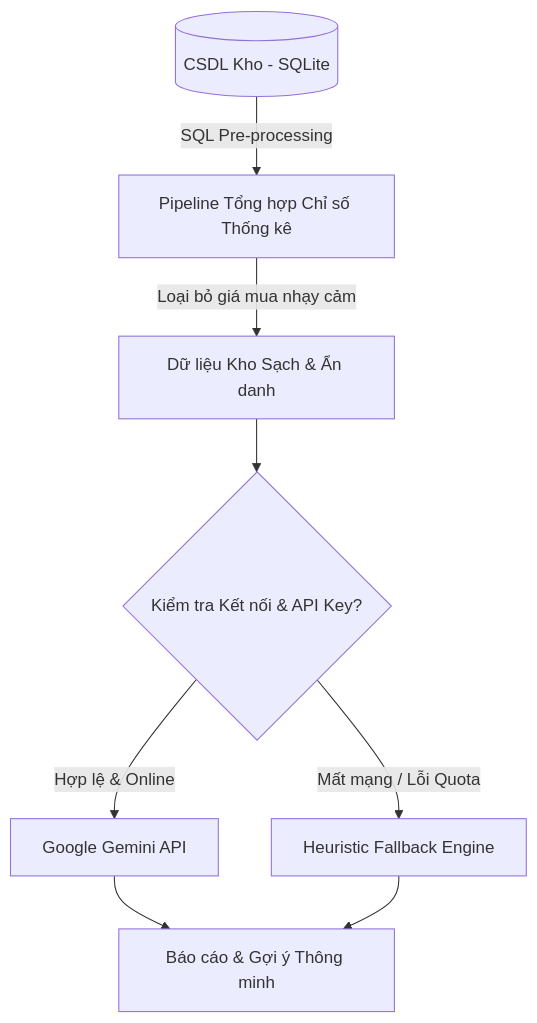
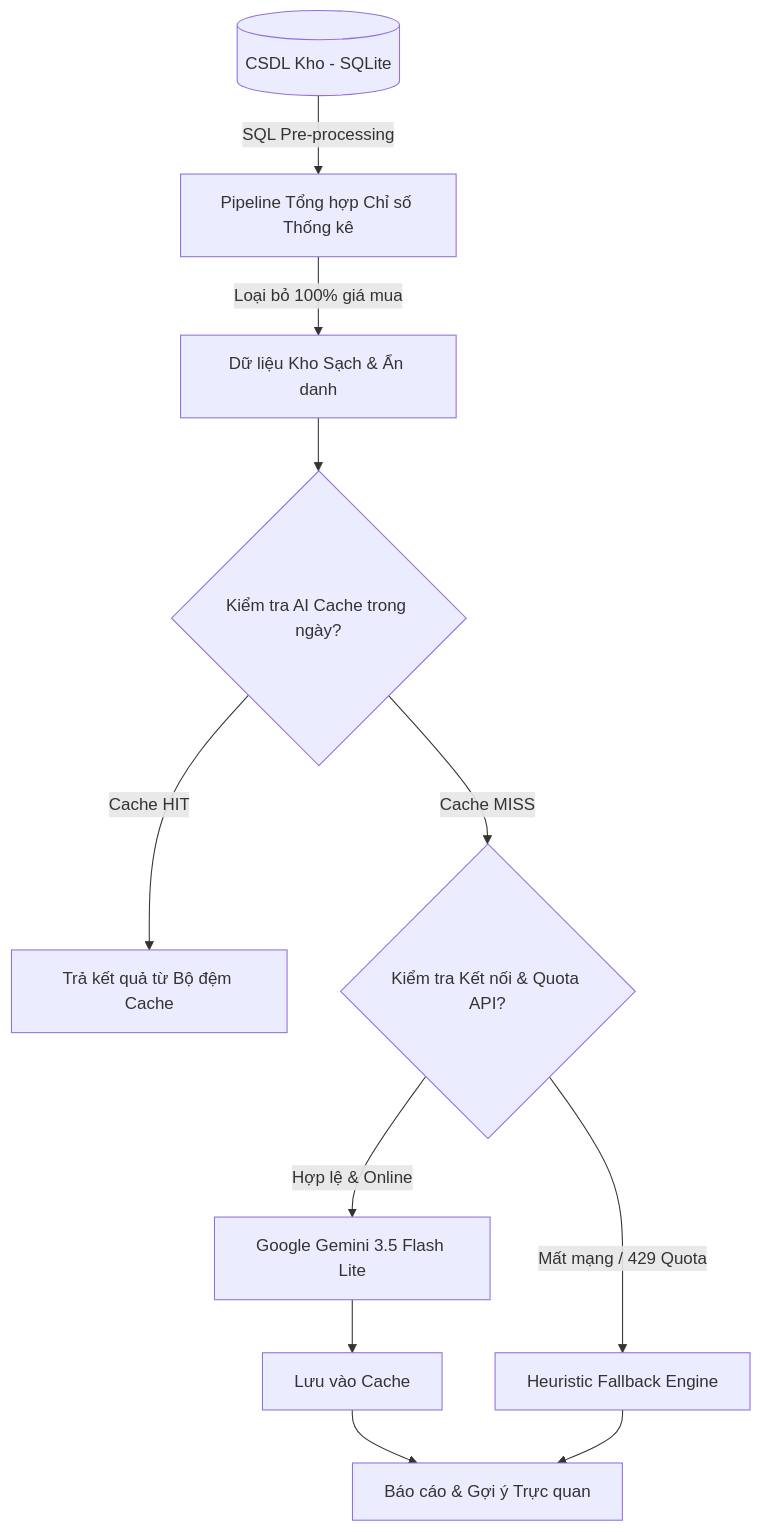
The fourth of 4 diagrams in hệ thống quản lý kho/docs/SDLC/KT1/01_SRS_and_UseCases.md (dtc245090028-ui/gemini), drawn with Mermaid before and after one commit. The commit also changed other lines of this file and 128 other files, not shown here.

````diff
--- a/hệ thống quản lý kho/docs/SDLC/KT1/01_SRS_and_UseCases.md
+++ b/hệ thống quản lý kho/docs/SDLC/KT1/01_SRS_and_UseCases.md
@@ -210,10 +227,12 @@
 ```mermaid
 flowchart TD
     DB[(CSDL Kho - SQLite)] -->|SQL Pre-processing| Agg[Pipeline Tổng hợp Chỉ số Thống kê]
-    Agg -->|Loại bỏ giá mua nhạy cảm| Clean[Dữ liệu Kho Sạch & Ẩn danh]
-    Clean --> Decision{Kiểm tra Kết nối & API Key?}
-    Decision -->|Hợp lệ & Online| Gemini[Google Gemini API]
-    Decision -->|Mất mạng / Lỗi Quota| Fallback[Heuristic Fallback Engine]
-    Gemini --> Result[Báo cáo & Gợi ý Thông minh]
+    Agg -->|Loại bỏ 100% giá mua| Clean[Dữ liệu Kho Sạch & Ẩn danh]
+    Clean --> CacheCheck{Kiểm tra AI Cache trong ngày?}
+    CacheCheck -->|Cache HIT| ReturnCache[Trả kết quả từ Bộ đệm Cache]
+    CacheCheck -->|Cache MISS| Decision{Kiểm tra Kết nối & Quota API?}
+    Decision -->|Hợp lệ & Online| Gemini[Google Gemini 3.5 Flash Lite]
+    Decision -->|Mất mạng / 429 Quota| Fallback[Heuristic Fallback Engine]
+    Gemini --> SaveCache[Lưu vào Cache] --> Result[Báo cáo & Gợi ý Trực quan]
     Fallback --> Result
 ```
````
